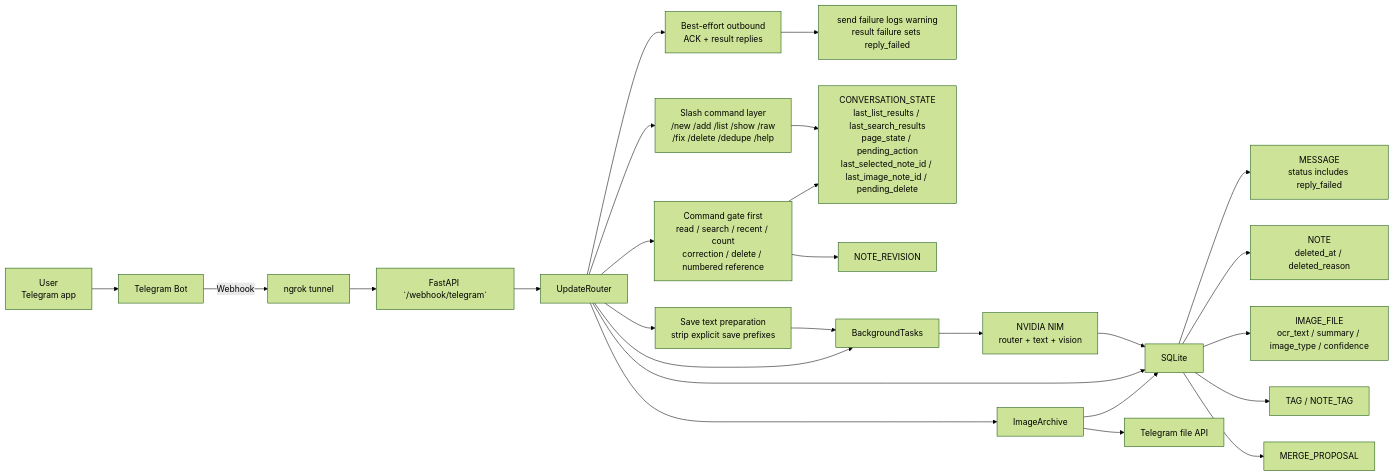
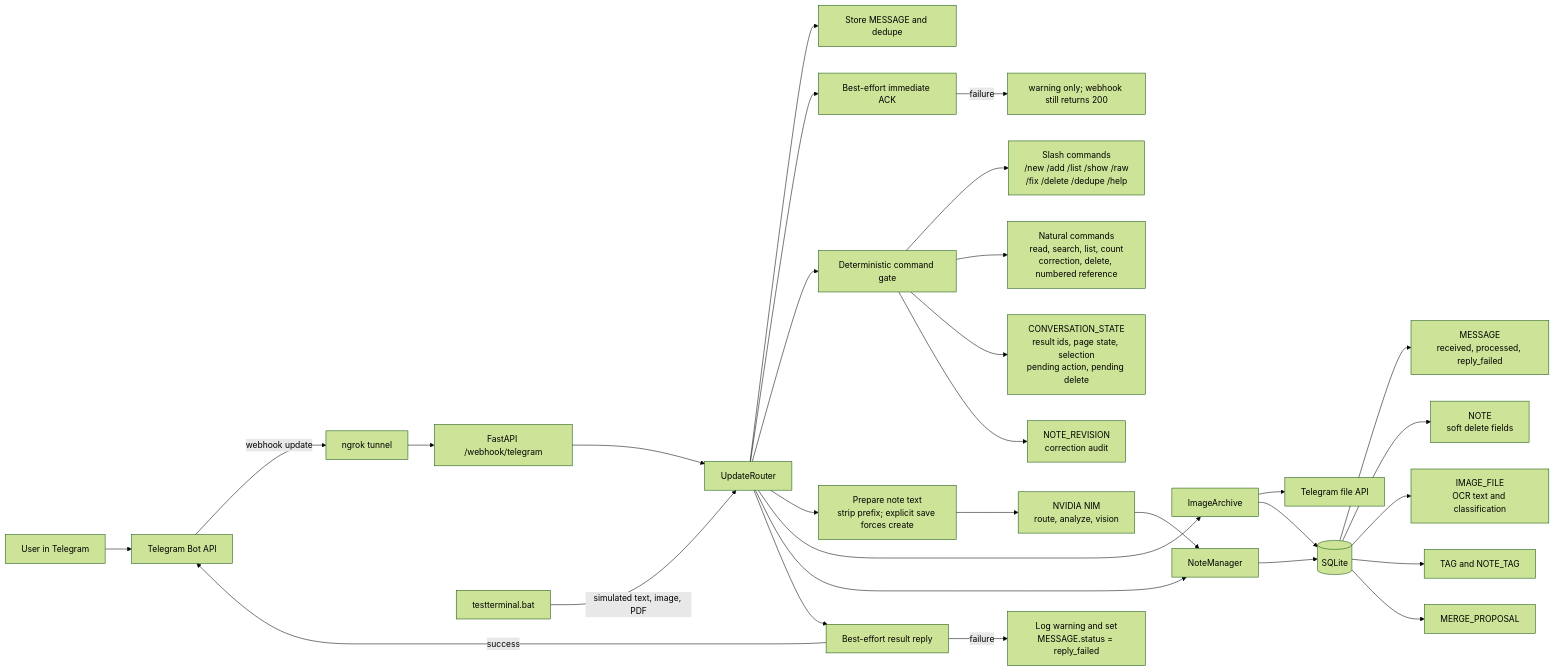
Before and after one commit to Transient-Onlooker/tg-note-agent: the first of 4 diagrams in docs/ARCHITECTURE.md, drawn with Mermaid (forest theme). The commit also changed other lines of this file and 8 other files, not shown here.

Commit message:
Stabilize explicit save and AI workflow

````diff
--- a/docs/ARCHITECTURE.md
+++ b/docs/ARCHITECTURE.md
@@ -21,31 +21,38 @@
 ```mermaid
 flowchart LR
-    User["User<br/>Telegram app"] --> Bot["Telegram Bot"]
-    Bot -->|Webhook| Tunnel["ngrok tunnel"]
-    Tunnel --> API["FastAPI `/webhook/telegram`"]
+    User["User in Telegram"] --> Telegram["Telegram Bot API"]
+    Telegram -->|webhook update| Tunnel["ngrok tunnel"]
+    Tunnel --> API["FastAPI /webhook/telegram"]
+    API --> Router["UpdateRouter"]
 
-    API --> Router["UpdateRouter"]
-    Router --> Outbound["Best-effort outbound<br/>ACK + result replies"]
-    Outbound --> ReplyFailed["send failure logs warning<br/>result failure sets reply_failed"]
-    Router --> Slash["Slash command layer<br/>/new /add /list /show /raw<br/>/fix /delete /dedupe /help"]
-    Router --> Gate["Command gate first<br/>read / search / recent / count<br/>correction / delete / numbered reference"]
-    Router --> Prep["Save text preparation<br/>strip explicit save prefixes"]
-    Router --> BG["BackgroundTasks"]
-    Router --> DB["SQLite"]
+    Terminal["testterminal.bat"] -->|simulated text, image, PDF| Router
+
+    Router --> Store["Store MESSAGE and dedupe"]
+    Router --> Ack["Best-effort immediate ACK"]
+    Ack -->|failure| AckLog["warning only; webhook still returns 200"]
+    Router --> Gate["Deterministic command gate"]
+    Gate --> Slash["Slash commands<br/>/new /add /list /show /raw<br/>/fix /delete /dedupe /help"]
+    Gate --> Natural["Natural commands<br/>read, search, list, count<br/>correction, delete, numbered reference"]
+    Gate --> State["CONVERSATION_STATE<br/>result ids, page state, selection<br/>pending action, pending delete"]
+    Gate --> Revision["NOTE_REVISION<br/>correction audit"]
+
+    Router --> Prep["Prepare note text<br/>strip prefix; explicit save forces create"]
+    Prep --> AI["NVIDIA NIM<br/>route, analyze, vision"]
     Router --> Archive["ImageArchive"]
-    Prep --> BG
-    BG --> NIM["NVIDIA NIM<br/>router + text + vision"]
+    Archive --> FileAPI["Telegram file API"]
 
-    Slash --> State
-    Gate --> State["CONVERSATION_STATE<br/>last_list_results / last_search_results<br/>page_state / pending_action<br/>last_selected_note_id / last_image_note_id / pending_delete"]
-    Gate --> Revision["NOTE_REVISION"]
+    Router --> Manager["NoteManager"]
+    Manager --> DB[("SQLite")]
     Archive --> DB
-    Archive --> TGFile["Telegram file API"]
-    NIM --> DB
+    AI --> Manager
 
-    DB --> Msg["MESSAGE<br/>status includes reply_failed"]
-    DB --> Note["NOTE<br/>deleted_at / deleted_reason"]
-    DB --> Image["IMAGE_FILE<br/>ocr_text / summary / image_type / confidence"]
-    DB --> Tags["TAG / NOTE_TAG"]
+    DB --> Message["MESSAGE<br/>received, processed, reply_failed"]
+    DB --> Note["NOTE<br/>soft delete fields"]
+    DB --> Image["IMAGE_FILE<br/>OCR text and classification"]
+    DB --> Tags["TAG and NOTE_TAG"]
     DB --> Merge["MERGE_PROPOSAL"]
+
+    Router --> Reply["Best-effort result reply"]
+    Reply -->|success| Telegram
+    Reply -->|failure| ReplyFailed["Log warning and set<br/>MESSAGE.status = reply_failed"]
 ```
````
